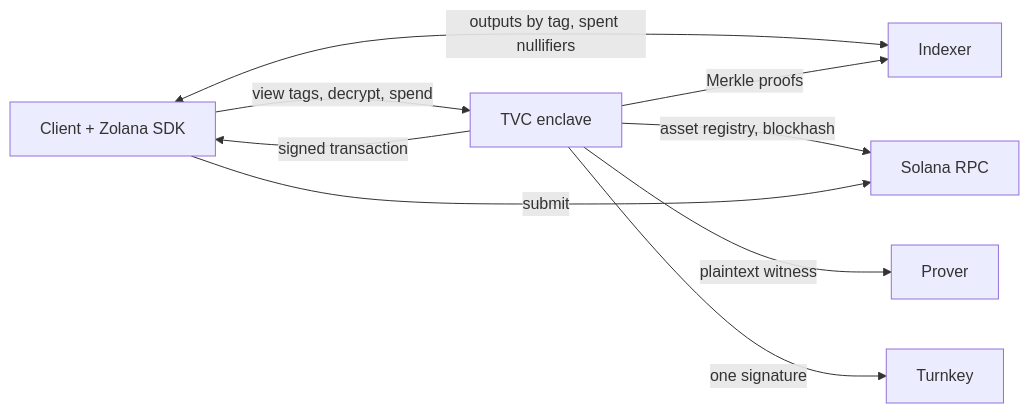
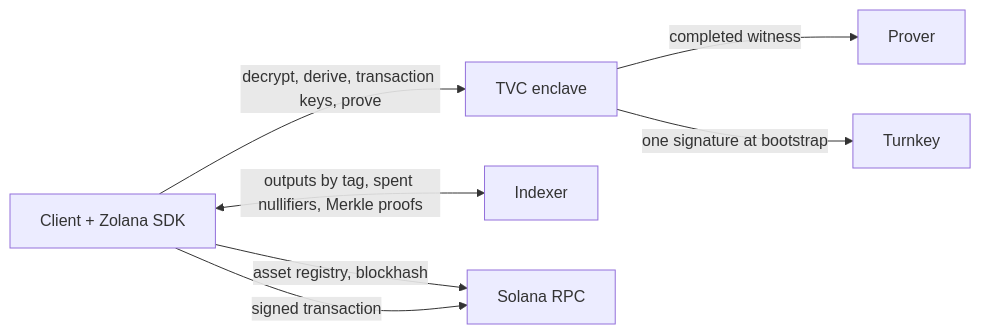
One commit to helius-labs/zolana-tvc changed the diagram in README.md. Above: the diagram before and after it, drawn with Mermaid. The commit also changed other lines of this file and 49 other files, not shown here.

````diff
--- a/README.md
+++ b/README.md
@@ -23,18 +25,16 @@
 ```mermaid
 flowchart LR
     C[Client + Zolana SDK]
     T[TVC enclave]
     K[Turnkey]
     I[Indexer]
     P[Prover]
     S[Solana RPC]
 
-    C -->|view tags, decrypt, spend| T
-    C <-->|outputs by tag, spent nullifiers| I
-    T -->|Merkle proofs| I
-    T -->|asset registry, blockhash| S
-    T -->|plaintext witness| P
-    T -->|one signature| K
-    T -->|signed transaction| C
-    C -->|submit| S
+    C -->|decrypt, derive, transaction keys, prove| T
+    C <-->|outputs by tag, spent nullifiers, Merkle proofs| I
+    C -->|asset registry, blockhash| S
+    T -->|completed witness| P
+    T -->|one signature at bootstrap| K
+    C -->|signed transaction| S
 ```
````
